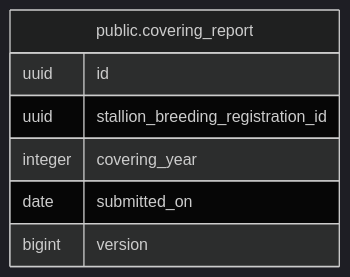
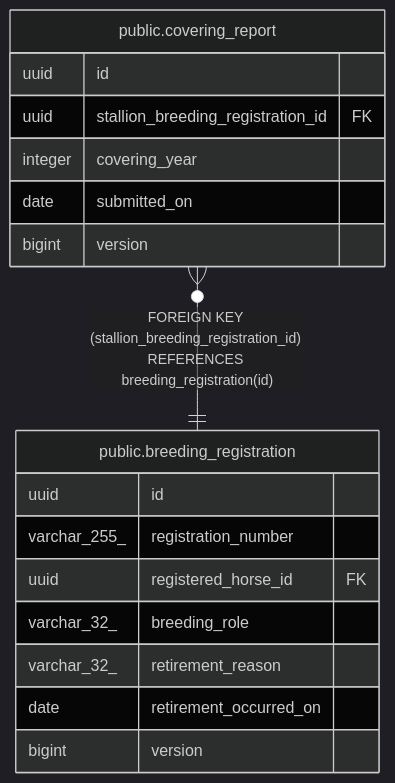
Before and after one commit to ptiringo/toy-box: the diagram in dbdoc/public.covering_report.md, drawn with Mermaid (dark theme). The commit also changed other lines of this file and 6 other files, not shown here.

````diff
--- a/dbdoc/public.covering_report.md
+++ b/dbdoc/public.covering_report.md
@@ -33,12 +34,22 @@
 ```mermaid
 erDiagram
 
+"public.covering_report" }o--|| "public.breeding_registration" : "FOREIGN KEY (stallion_breeding_registration_id) REFERENCES breeding_registration(id)"
 
 "public.covering_report" {
   uuid id
-  uuid stallion_breeding_registration_id
+  uuid stallion_breeding_registration_id FK
   integer covering_year
   date submitted_on
   bigint version
 }
+"public.breeding_registration" {
+  uuid id
+  varchar_255_ registration_number
+  uuid registered_horse_id FK
+  varchar_32_ breeding_role
+  varchar_32_ retirement_reason
+  date retirement_occurred_on
+  bigint version
+}
 ```
````
